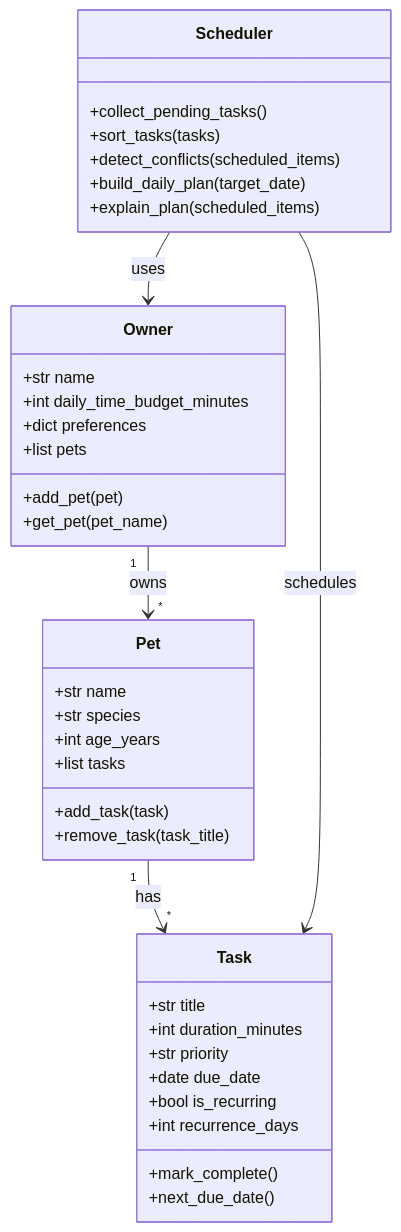
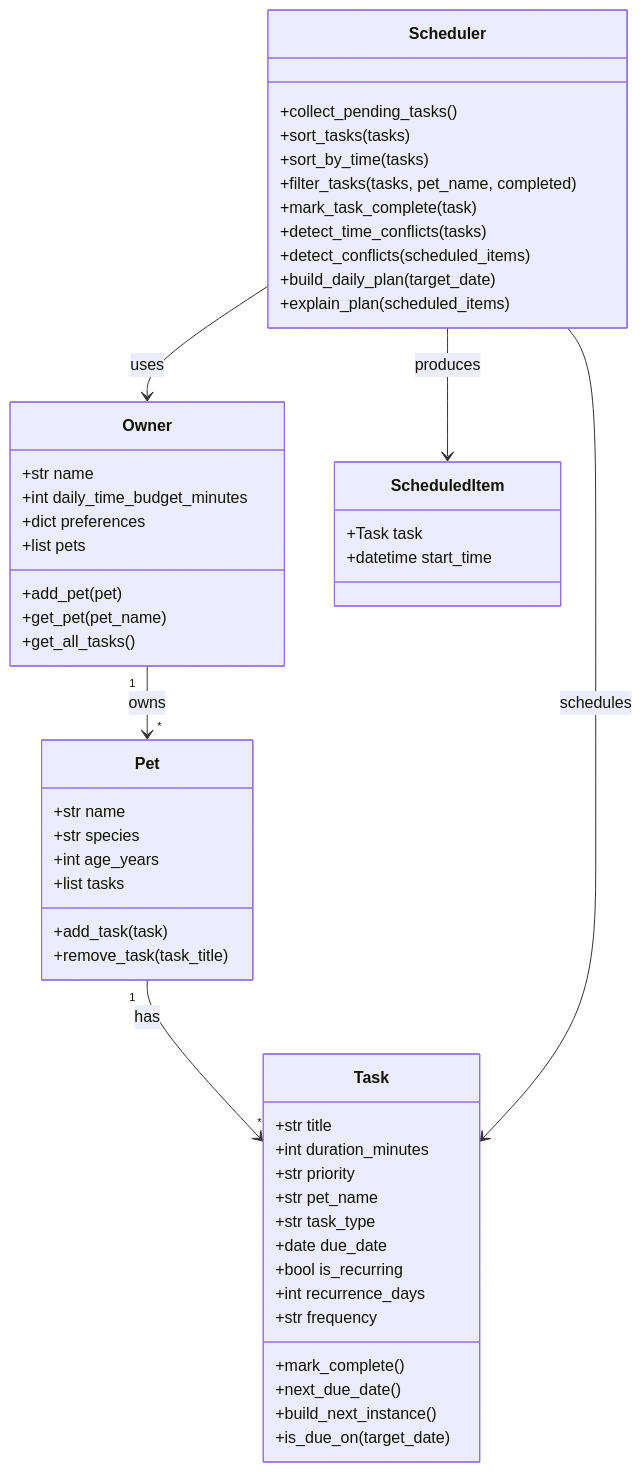
Before and after one commit to xiajieou/ai110-module2show-pawpal-starter: the diagram in reflection.md, drawn with Mermaid. The commit also changed other lines of this file and 4 other files, not shown here.

Commit message:
feat: finalize UI, UML, README, and reflection

````diff
--- a/reflection.md
+++ b/reflection.md
@@ -22,44 +22,60 @@
 ```mermaid
 classDiagram
 	class Owner {
 		+str name
 		+int daily_time_budget_minutes
 		+dict preferences
 		+list pets
 		+add_pet(pet)
 		+get_pet(pet_name)
+		+get_all_tasks()
 	}
 
 	class Pet {
 		+str name
 		+str species
 		+int age_years
 		+list tasks
 		+add_task(task)
 		+remove_task(task_title)
 	}
 
 	class Task {
 		+str title
 		+int duration_minutes
 		+str priority
+		+str pet_name
+		+str task_type
 		+date due_date
 		+bool is_recurring
 		+int recurrence_days
+		+str frequency
 		+mark_complete()
 		+next_due_date()
+		+build_next_instance()
+		+is_due_on(target_date)
+	}
+
+	class ScheduledItem {
+		+Task task
+		+datetime start_time
 	}
 
 	class Scheduler {
 		+collect_pending_tasks()
 		+sort_tasks(tasks)
+		+sort_by_time(tasks)
+		+filter_tasks(tasks, pet_name, completed)
+		+mark_task_complete(task)
+		+detect_time_conflicts(tasks)
 		+detect_conflicts(scheduled_items)
 		+build_daily_plan(target_date)
 		+explain_plan(scheduled_items)
 	}
 
 	Owner "1" --> "*" Pet : owns
 	Pet "1" --> "*" Task : has
 	Scheduler --> Owner : uses
 	Scheduler --> Task : schedules
+	Scheduler --> ScheduledItem : produces
 ```
````
